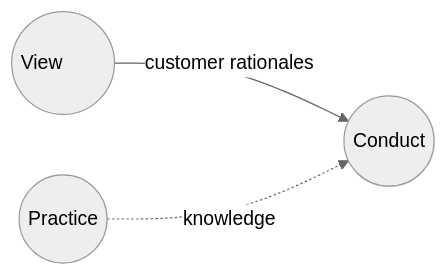
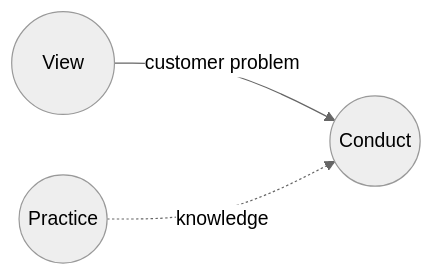
The diagram in zillow.md (borisdev/resume), drawn with Mermaid (neutral theme) before and after one commit.

Commit message:
zillow values as a diagram

````diff
--- a/zillow.md
+++ b/zillow.md
@@ -18,5 +18,5 @@
 ```mermaid
 flowchart LR
-    V(("View #nbsp; #nbsp; #nbsp; #nbsp;"))-- customer rationales -->C(("Conduct"))
+    V(("#nbsp; #nbsp; View #nbsp; #nbsp;"))-- customer problem -->C(("Conduct"))
     P(("Practice"))-. knowledge .->C(("Conduct"))
 ```
````
